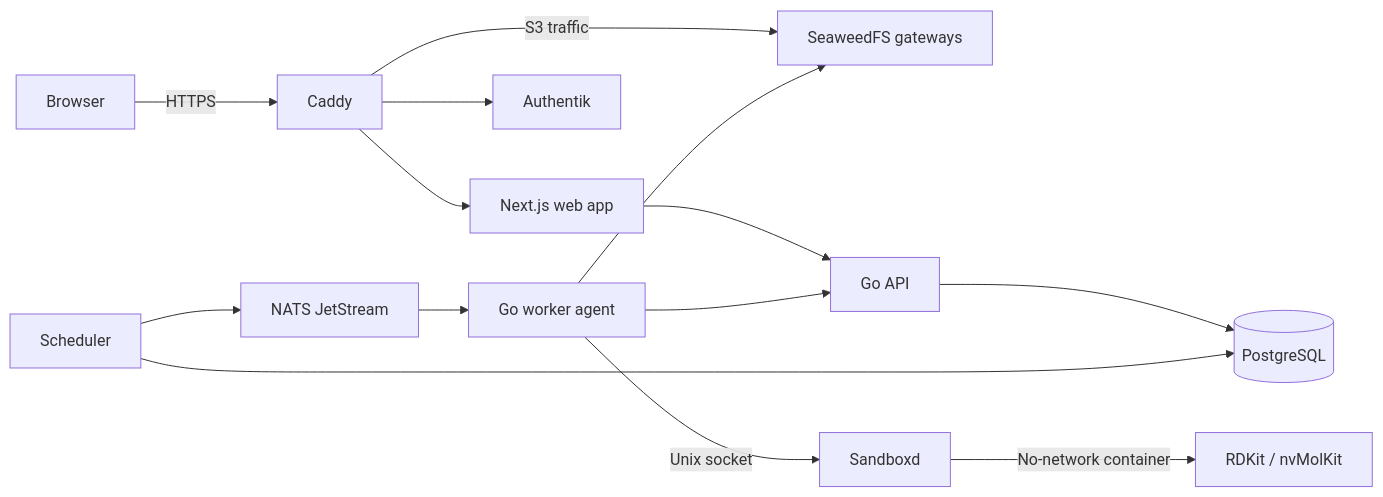
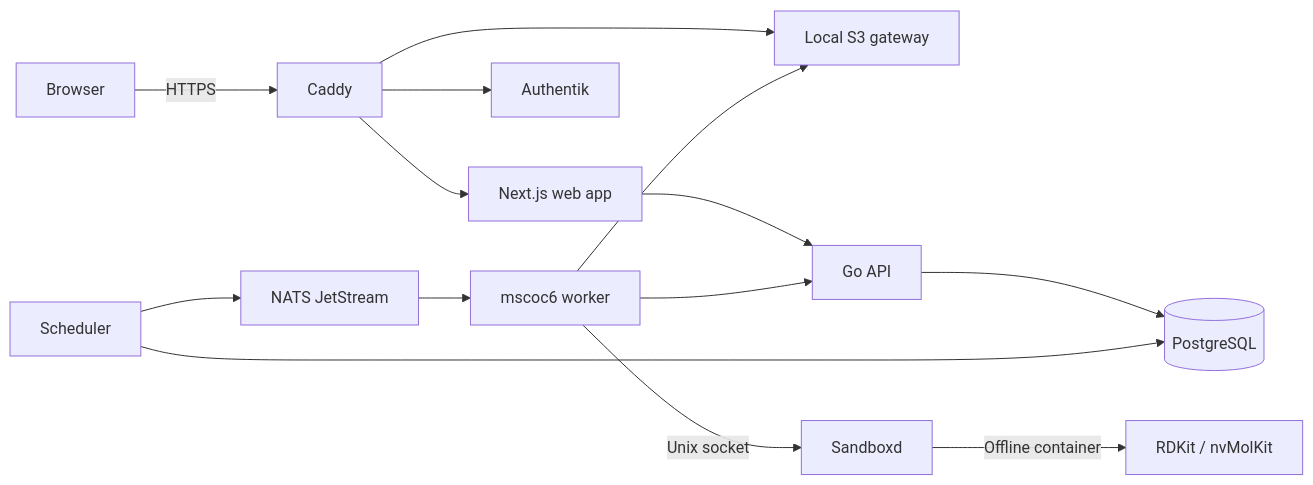
The diagram in README.md (mammadovziya/library-prep-pipeline), drawn with Mermaid before and after one commit. The commit also changed other lines of this file and 36 other files, not shown here.

````diff
--- a/README.md
+++ b/README.md
@@ -43,16 +35,16 @@
 ```mermaid
 flowchart LR
     Browser -->|HTTPS| Caddy
     Caddy --> Web["Next.js web app"]
     Caddy --> Authentik
-    Caddy -->|S3 traffic| Storage["SeaweedFS gateways"]
+    Caddy --> Storage["Local S3 gateway"]
     Web --> API["Go API"]
     API --> Postgres[(PostgreSQL)]
     Scheduler --> Postgres
     Scheduler --> NATS["NATS JetStream"]
-    NATS --> Agent["Go worker agent"]
+    NATS --> Agent["mscoc6 worker"]
     Agent --> API
     Agent --> Storage
     Agent -->|Unix socket| Sandboxd
-    Sandboxd -->|No-network container| Chemistry["RDKit / nvMolKit"]
+    Sandboxd -->|Offline container| Chemistry["RDKit / nvMolKit"]
 ```
````
